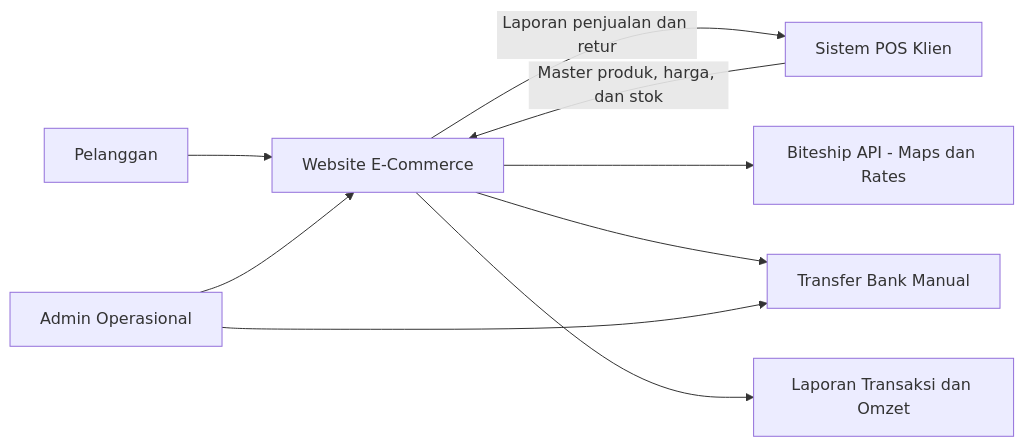
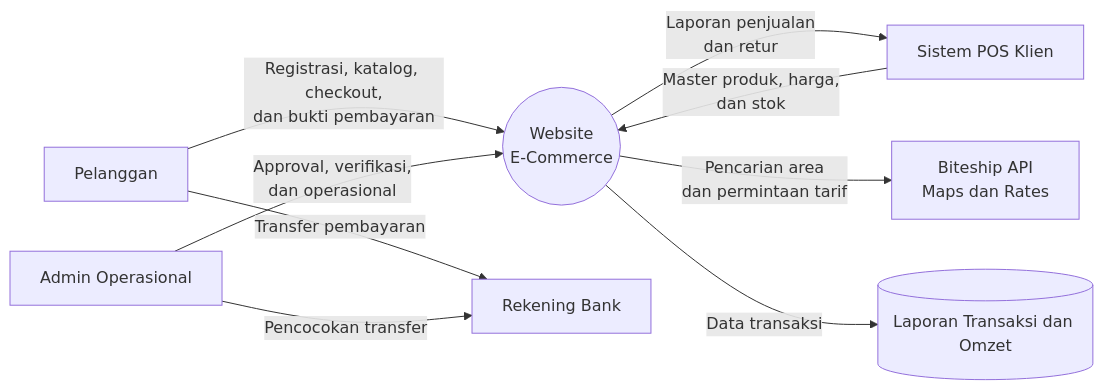
Before and after one commit to Webekspres/pixel-komunika: the first of 4 diagrams in docs/requirements/BRD.md, drawn with Mermaid. The commit also changed other lines of this file and 1 other file, not shown here.

Commit message:
docs: close resolved questions and standardize flows

````diff
--- a/docs/requirements/BRD.md
+++ b/docs/requirements/BRD.md
@@ -220,11 +224,19 @@
 ```mermaid
 flowchart LR
-    Customer[Pelanggan] --> Web[Website E-Commerce]
-    Admin[Admin Operasional] --> Web
-    POS -->|Master produk, harga, dan stok| Web
-    Web -->|Laporan penjualan dan retur| POS[Sistem POS Klien]
-    Web --> Biteship[Biteship API - Maps dan Rates]
-    Web --> Bank[Transfer Bank Manual]
-    Admin --> Bank
-    Web --> Report[Laporan Transaksi dan Omzet]
+    Customer["Pelanggan"]
+    Admin["Admin Operasional"]
+    Web(("Website<br/>E-Commerce"))
+    POS["Sistem POS Klien"]
+    Biteship["Biteship API<br/>Maps dan Rates"]
+    Bank["Rekening Bank"]
+    Report[("Laporan Transaksi dan Omzet")]
+
+    Customer -->|Registrasi, katalog, checkout,<br/>dan bukti pembayaran| Web
+    Admin -->|Approval, verifikasi,<br/>dan operasional| Web
+    POS -->|Master produk, harga,<br/>dan stok| Web
+    Web -->|Laporan penjualan<br/>dan retur| POS
+    Web -->|Pencarian area<br/>dan permintaan tarif| Biteship
+    Customer -->|Transfer pembayaran| Bank
+    Admin -->|Pencocokan transfer| Bank
+    Web -->|Data transaksi| Report
 ```
````
